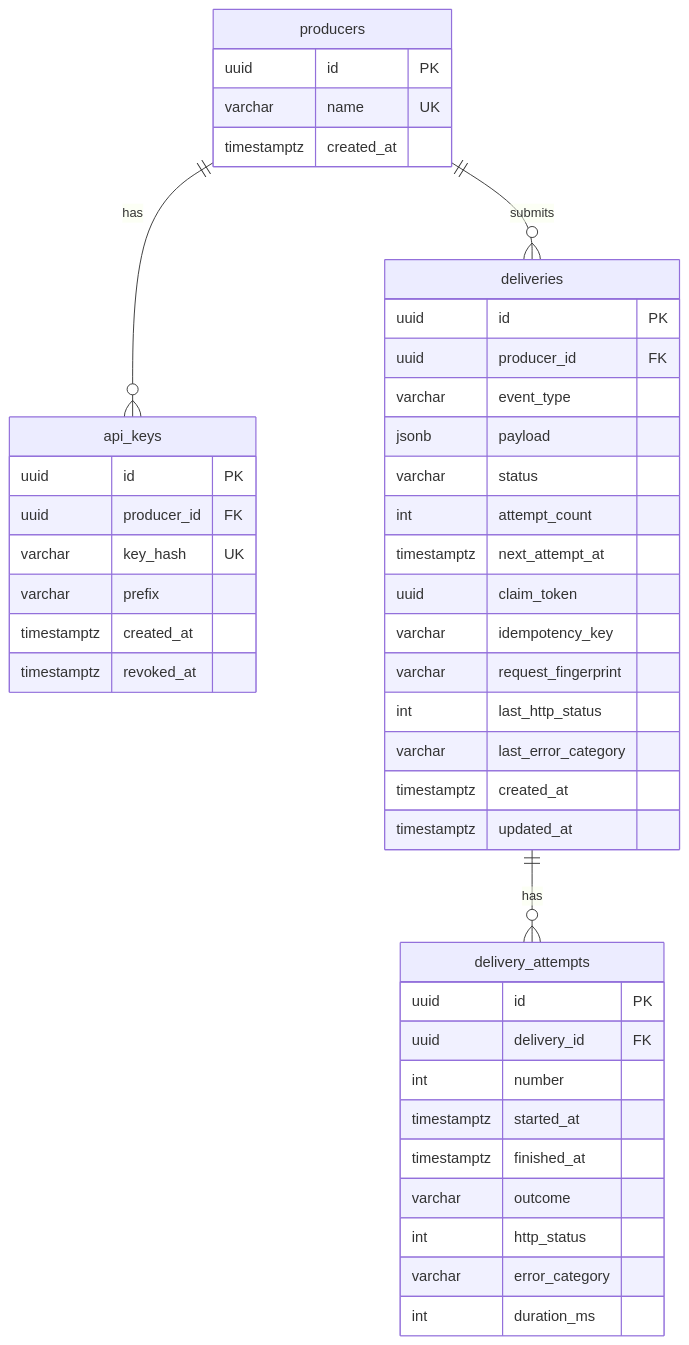
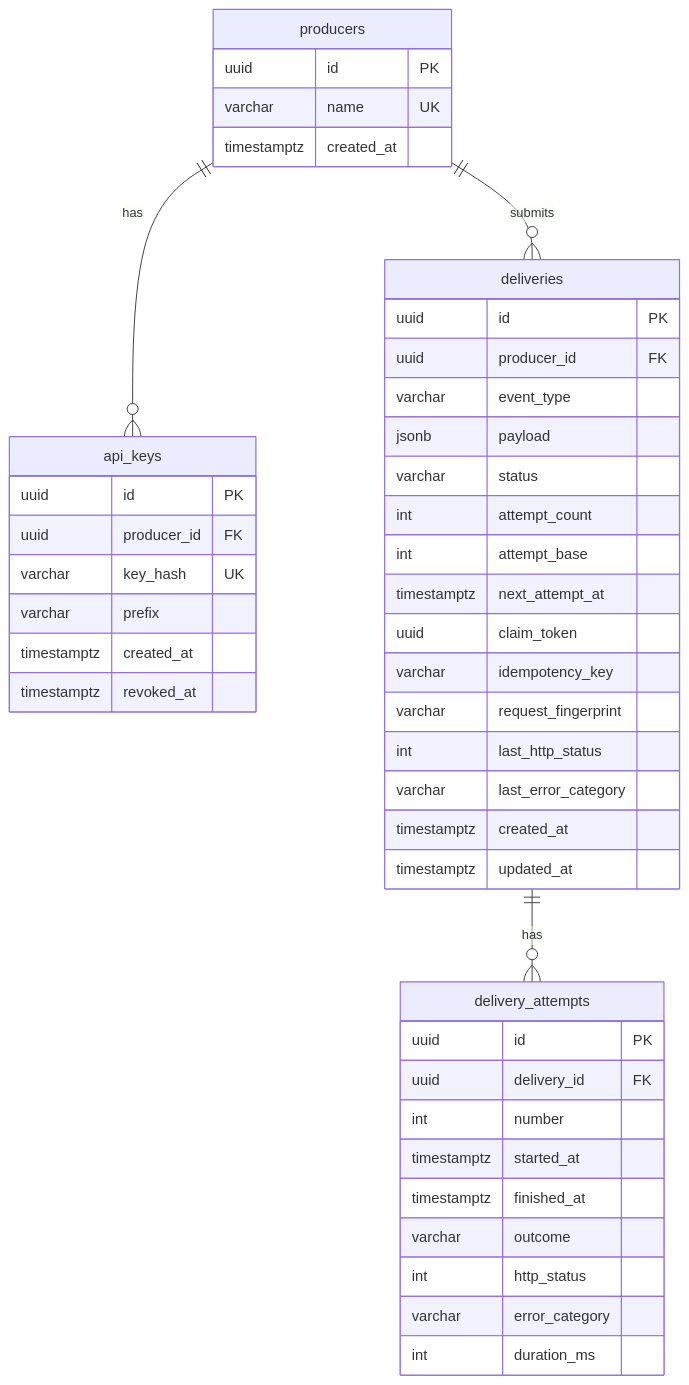
One commit to DucAnhLe1992/webhook-delivery-service changed the third of 9 diagrams in ARCHITECTURE.md. Above: the diagram before and after it, drawn with Mermaid. The commit also changed other lines of this file and 33 other files, not shown here.

````diff
--- a/ARCHITECTURE.md
+++ b/ARCHITECTURE.md
@@ -130,46 +143,47 @@
 ```mermaid
 erDiagram
     producers ||--o{ api_keys : has
     producers ||--o{ deliveries : submits
     deliveries ||--o{ delivery_attempts : has
     producers {
         uuid id PK
         varchar name UK
         timestamptz created_at
     }
     api_keys {
         uuid id PK
         uuid producer_id FK
         varchar key_hash UK
         varchar prefix
         timestamptz created_at
         timestamptz revoked_at
     }
     deliveries {
         uuid id PK
         uuid producer_id FK
         varchar event_type
         jsonb payload
         varchar status
         int attempt_count
+        int attempt_base
         timestamptz next_attempt_at
         uuid claim_token
         varchar idempotency_key
         varchar request_fingerprint
         int last_http_status
         varchar last_error_category
         timestamptz created_at
         timestamptz updated_at
     }
     delivery_attempts {
         uuid id PK
         uuid delivery_id FK
         int number
         timestamptz started_at
         timestamptz finished_at
         varchar outcome
         int http_status
         varchar error_category
         int duration_ms
     }
 ```
````
